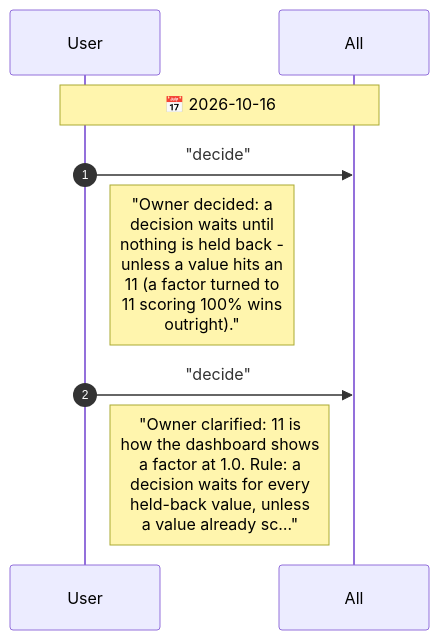
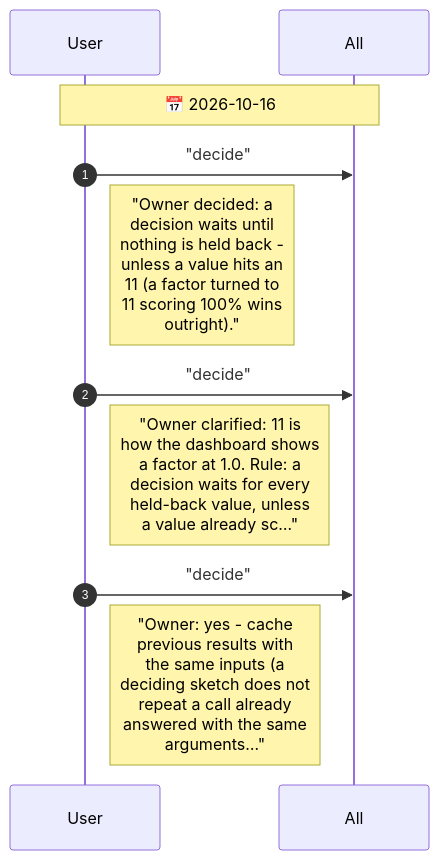
The diagram in agents/CHAT.diagram.md (drusifer/understudy), drawn with Mermaid before and after one commit. The commit also changed 11 other files, not shown here.

First line of the commit message:
Deciding sketches do not repeat an answered call (LRU cache via lru-cache)

````diff
--- a/agents/CHAT.diagram.md
+++ b/agents/CHAT.diagram.md
@@ -5,12 +5,14 @@
 ```mermaid
 %%{init: {"sequence": {"messageFontSize": 14, "noteFontSize": 18, "actorFontSize": 14}}}%%
 sequenceDiagram
     autonumber
     participant User
     participant All
     Note over User,All: 📅 2026-10-16
     User->>All: "decide"
     Note right of User: "Owner decided: a<br/>decision waits until<br/>nothing is held back -<br/>unless a value hits an<br/>11 (a factor turned to<br/>11 scoring 100% wins<br/>outright)."
     User->>All: "decide"
     Note right of User: "Owner clarified: 11 is<br/>how the dashboard shows<br/>a factor at 1.0. Rule: a<br/>decision waits for every<br/>held-back value, unless<br/>a value already sc…"
+    User->>All: "decide"
+    Note right of User: "Owner: yes - cache<br/>previous results with<br/>the same inputs (a<br/>deciding sketch does not<br/>repeat a call already<br/>answered with the same<br/>arguments…"
 ```
````
